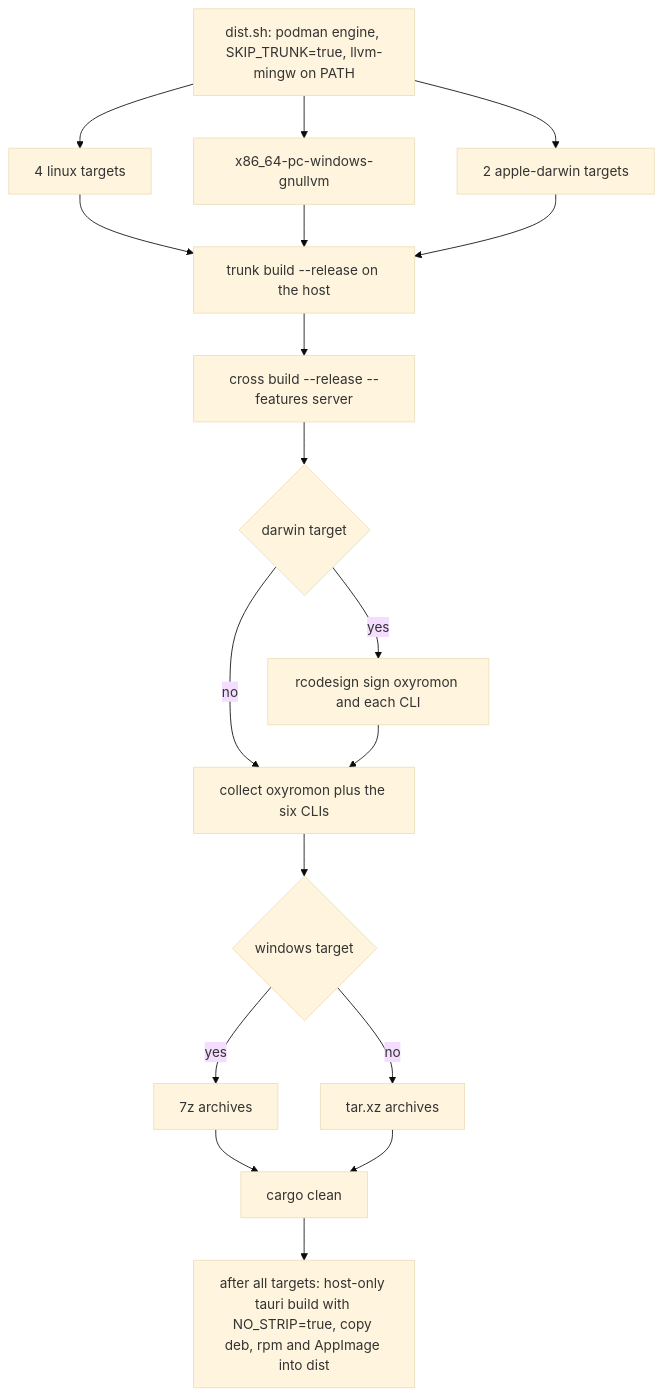
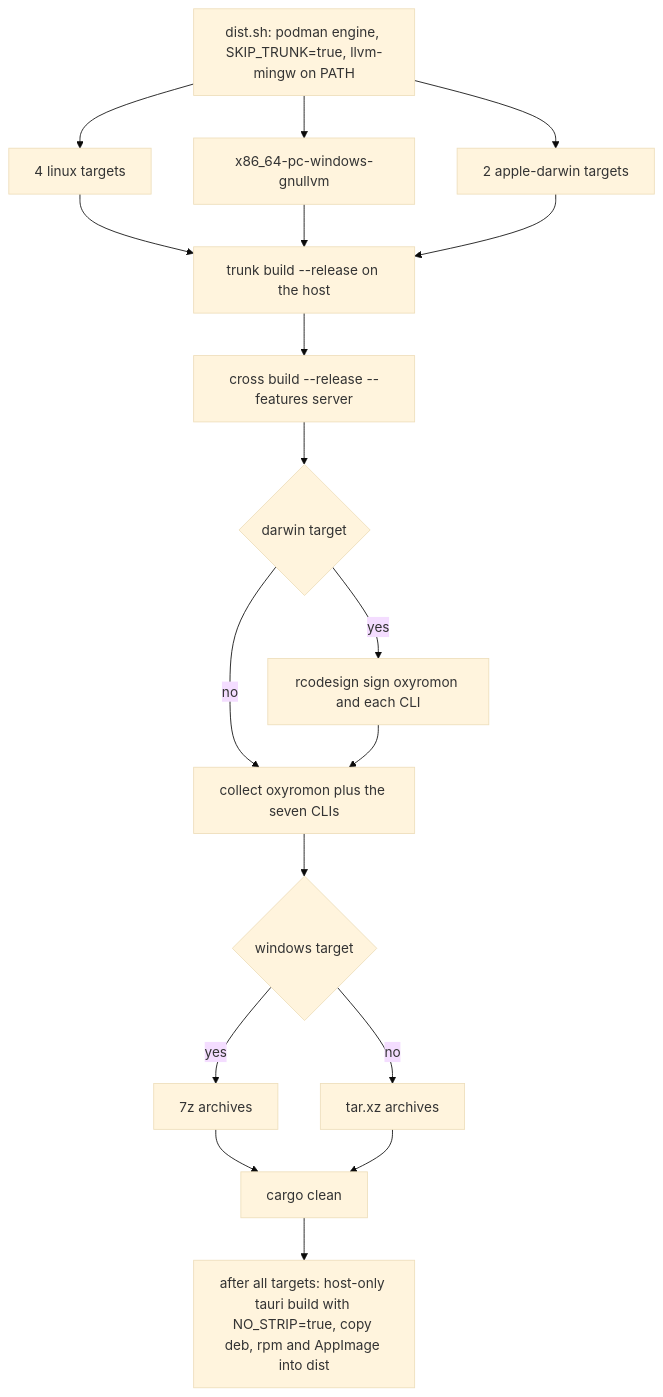
Before and after one commit to alucryd/oxyromon: the first of 2 diagrams in openwiki/operations/build-and-release.md, drawn with Mermaid (base theme). The commit also changed other lines of this file and 108 other files, not shown here.

````diff
--- a/openwiki/operations/build-and-release.md
+++ b/openwiki/operations/build-and-release.md
@@ -134,20 +135,20 @@
 ```mermaid
 flowchart TD
   ENV["dist.sh: podman engine, SKIP_TRUNK=true, llvm-mingw on PATH"] --> LIN["4 linux targets"]
   ENV --> WIN["x86_64-pc-windows-gnullvm"]
   ENV --> MAC["2 apple-darwin targets"]
   LIN --> T1["trunk build --release on the host"]
   WIN --> T1
   MAC --> T1
   T1 --> C1["cross build --release --features server"]
   C1 --> ISMAC{"darwin target"}
   ISMAC -->|"yes"| SIGN["rcodesign sign oxyromon and each CLI"]
-  ISMAC -->|"no"| PACK["collect oxyromon plus the six CLIs"]
+  ISMAC -->|"no"| PACK["collect oxyromon plus the seven CLIs"]
   SIGN --> PACK
   PACK --> ISWIN{"windows target"}
   ISWIN -->|"yes"| Z["7z archives"]
   ISWIN -->|"no"| X["tar.xz archives"]
   Z --> CLEAN["cargo clean"]
   X --> CLEAN
   CLEAN --> DESK["after all targets: host-only tauri build with NO_STRIP=true, copy deb, rpm and AppImage into dist"]
 ```
````
